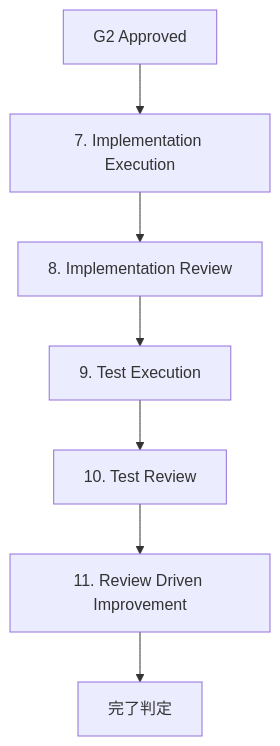
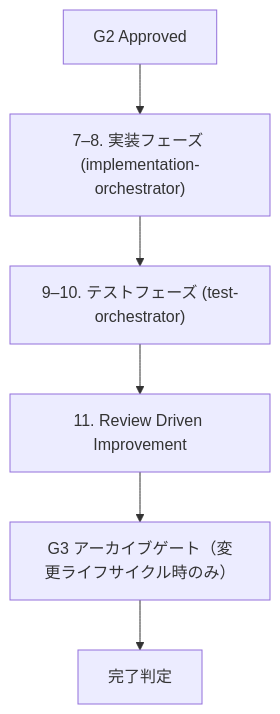
The diagram in docs/superpowers/guides/openspec-post-g2-execution-guide.md (Aco-Lone/WaterfallSdd), drawn with Mermaid before and after one commit. The commit also changed other lines of this file and 24 other files, not shown here.

````diff
--- a/docs/superpowers/guides/openspec-post-g2-execution-guide.md
+++ b/docs/superpowers/guides/openspec-post-g2-execution-guide.md
@@ -38,9 +38,8 @@
 ```mermaid
 flowchart TD
-    A[G2 Approved] --> B[7. Implementation Execution]
-    B --> C[8. Implementation Review]
-    C --> D[9. Test Execution]
-    D --> E[10. Test Review]
-    E --> F[11. Review Driven Improvement]
-    F --> G[完了判定]
+    A[G2 Approved] --> B["7–8. 実装フェーズ (implementation-orchestrator)"]
+    B --> C["9–10. テストフェーズ (test-orchestrator)"]
+    C --> D[11. Review Driven Improvement]
+    D --> G["G3 アーカイブゲート（変更ライフサイクル時のみ）"]
+    G --> E[完了判定]
 ```
````
